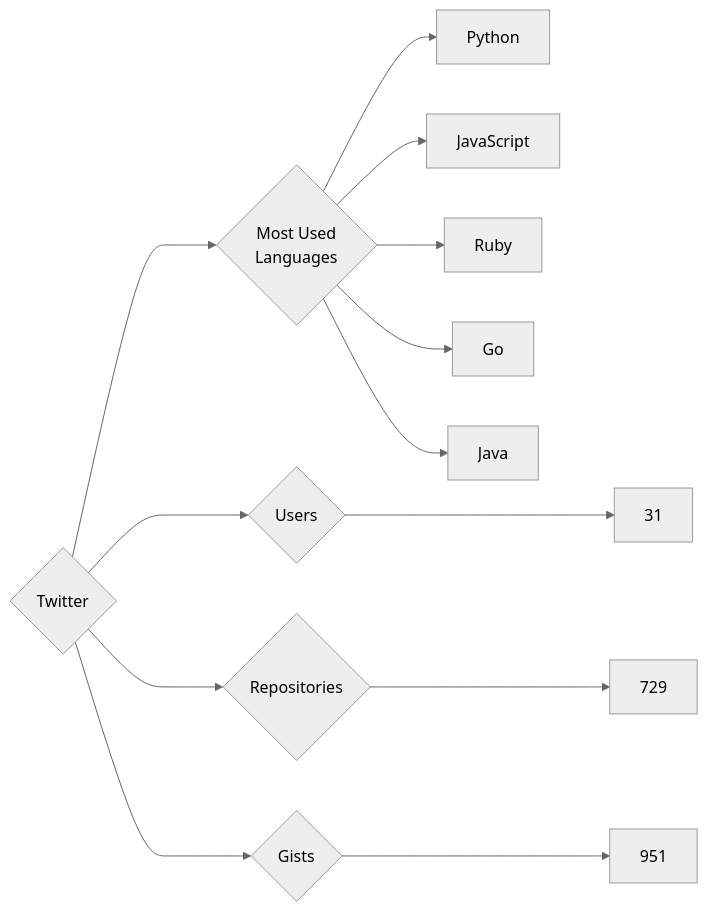
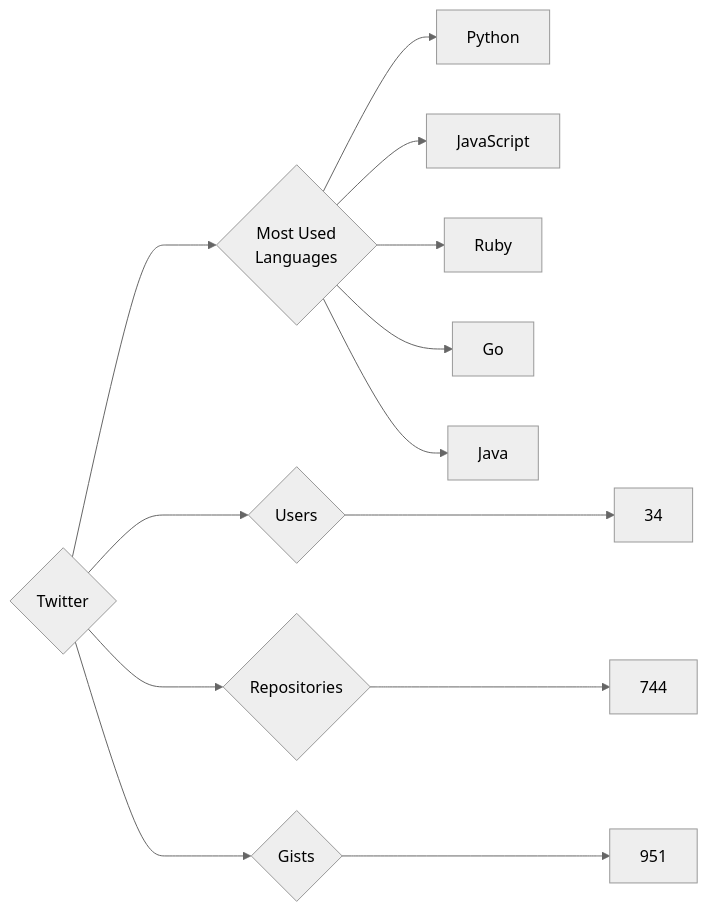
The diagram in targets/Twitter/README.md (trickest/insiders), drawn with Mermaid (neutral theme) before and after one commit. The commit also changed 681 other files, not shown here.

````diff
--- a/targets/Twitter/README.md
+++ b/targets/Twitter/README.md
@@ -3,13 +3,13 @@
 ```mermaid
 graph LR
 COMPANY_NAME{Twitter}
-COMPANY_NAME ---> U{Users} ---> UN[31]
-COMPANY_NAME ---> R{Repositories} ---> RN[729]
+COMPANY_NAME ---> U{Users} ---> UN[34]
+COMPANY_NAME ---> R{Repositories} ---> RN[744]
 COMPANY_NAME ---> G{Gists} ---> GN[951]
 COMPANY_NAME ---> ML{Most Used<br>Languages}
 ML --> Python[Python]
 ML --> JavaScript[JavaScript]
 ML --> Ruby[Ruby]
 ML --> Go[Go]
 ML --> Java[Java]
 ```
````
